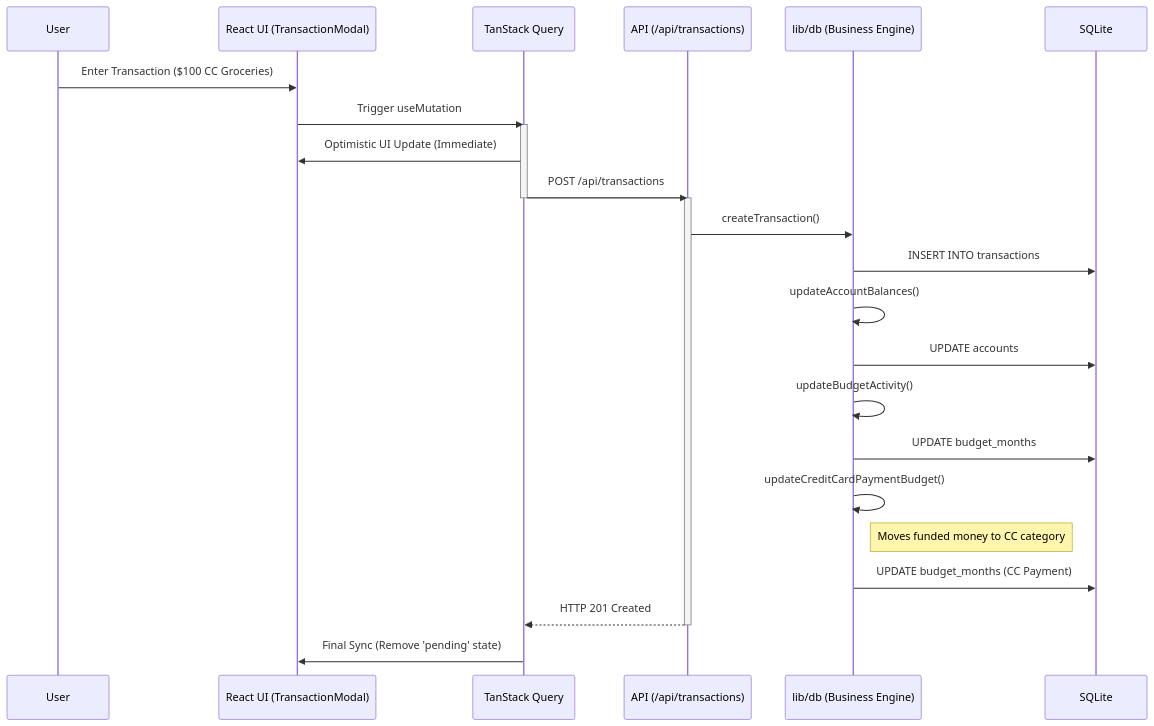
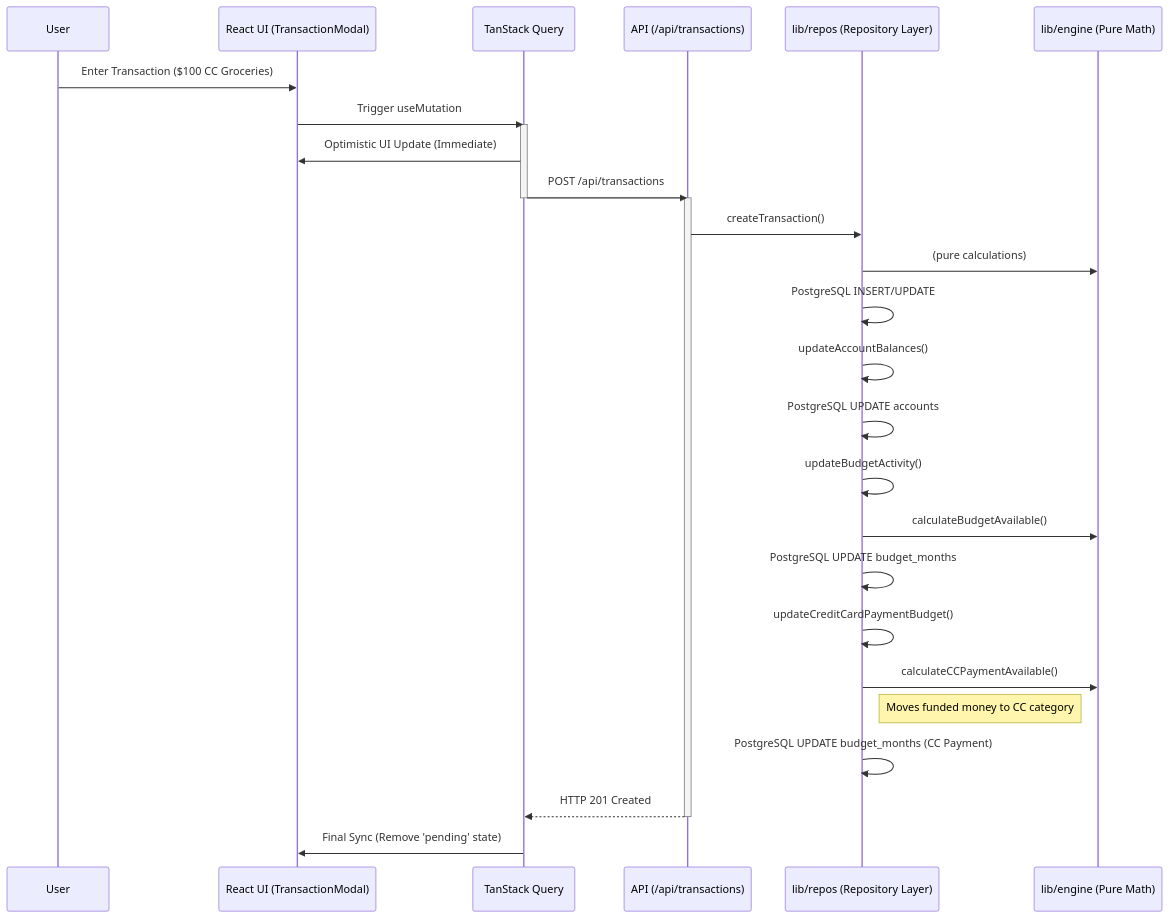
Before and after one commit to camilopiedra92/YNAB-Clone: the second of 2 diagrams in docs/architecture.md, drawn with Mermaid. The commit also changed other lines of this file and 122 other files, not shown here.

First line of the commit message:
feat: major architecture refactor — engine layer, repos, DTOs, Drizzle ORM, Playwright E2E

````diff
--- a/docs/architecture.md
+++ b/docs/architecture.md
@@ -50,35 +60,38 @@
 ```mermaid
 sequenceDiagram
     participant User
     participant UI as React UI (TransactionModal)
     participant RQ as TanStack Query
     participant API as API (/api/transactions)
-    participant DB as lib/db (Business Engine)
-    participant SQL as SQLite
+    participant DB as lib/repos (Repository Layer)
+    participant ENG as lib/engine (Pure Math)
 
     User->>UI: Enter Transaction ($100 CC Groceries)
     UI->>RQ: Trigger useMutation
     activate RQ
     RQ->>UI: Optimistic UI Update (Immediate)
     RQ->>API: POST /api/transactions
     deactivate RQ
-    
+
     activate API
     API->>DB: createTransaction()
-    DB->>SQL: INSERT INTO transactions
-    
+    DB->>ENG: (pure calculations)
+    DB->>DB: PostgreSQL INSERT/UPDATE
+
     DB->>DB: updateAccountBalances()
-    DB->>SQL: UPDATE accounts
-    
+    DB->>DB: PostgreSQL UPDATE accounts
+
     DB->>DB: updateBudgetActivity()
-    DB->>SQL: UPDATE budget_months
-    
+    DB->>ENG: calculateBudgetAvailable()
+    DB->>DB: PostgreSQL UPDATE budget_months
+
     DB->>DB: updateCreditCardPaymentBudget()
+    DB->>ENG: calculateCCPaymentAvailable()
     Note right of DB: Moves funded money to CC category
-    DB->>SQL: UPDATE budget_months (CC Payment)
-    
+    DB->>DB: PostgreSQL UPDATE budget_months (CC Payment)
+
     API-->>RQ: HTTP 201 Created
     deactivate API
-    
+
     RQ->>UI: Final Sync (Remove 'pending' state)
 ```
````
